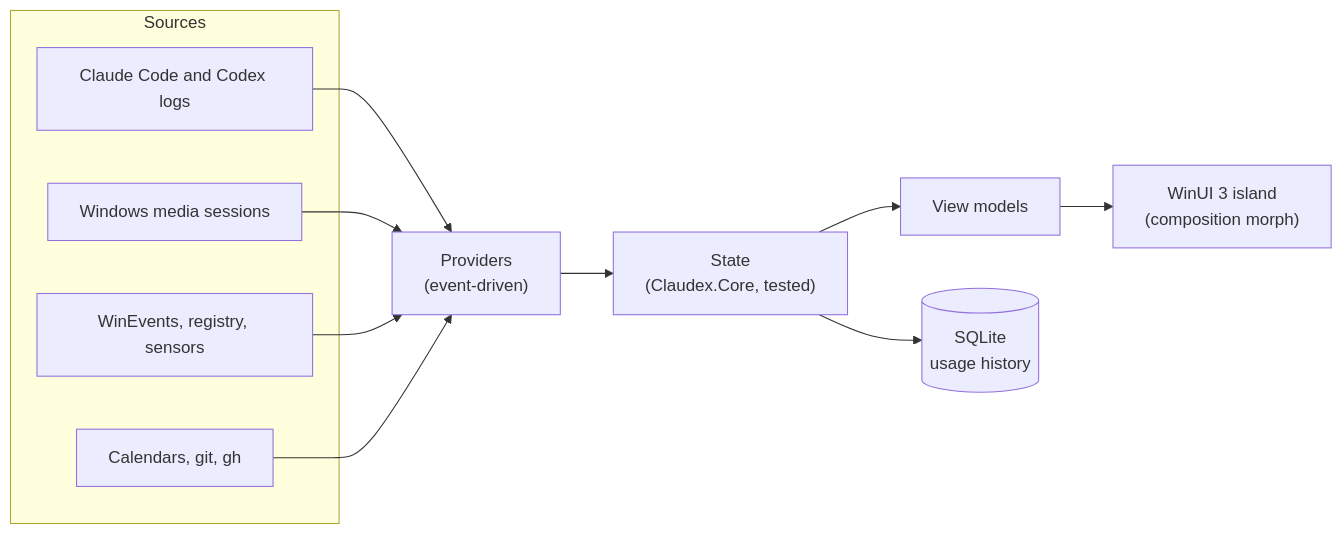
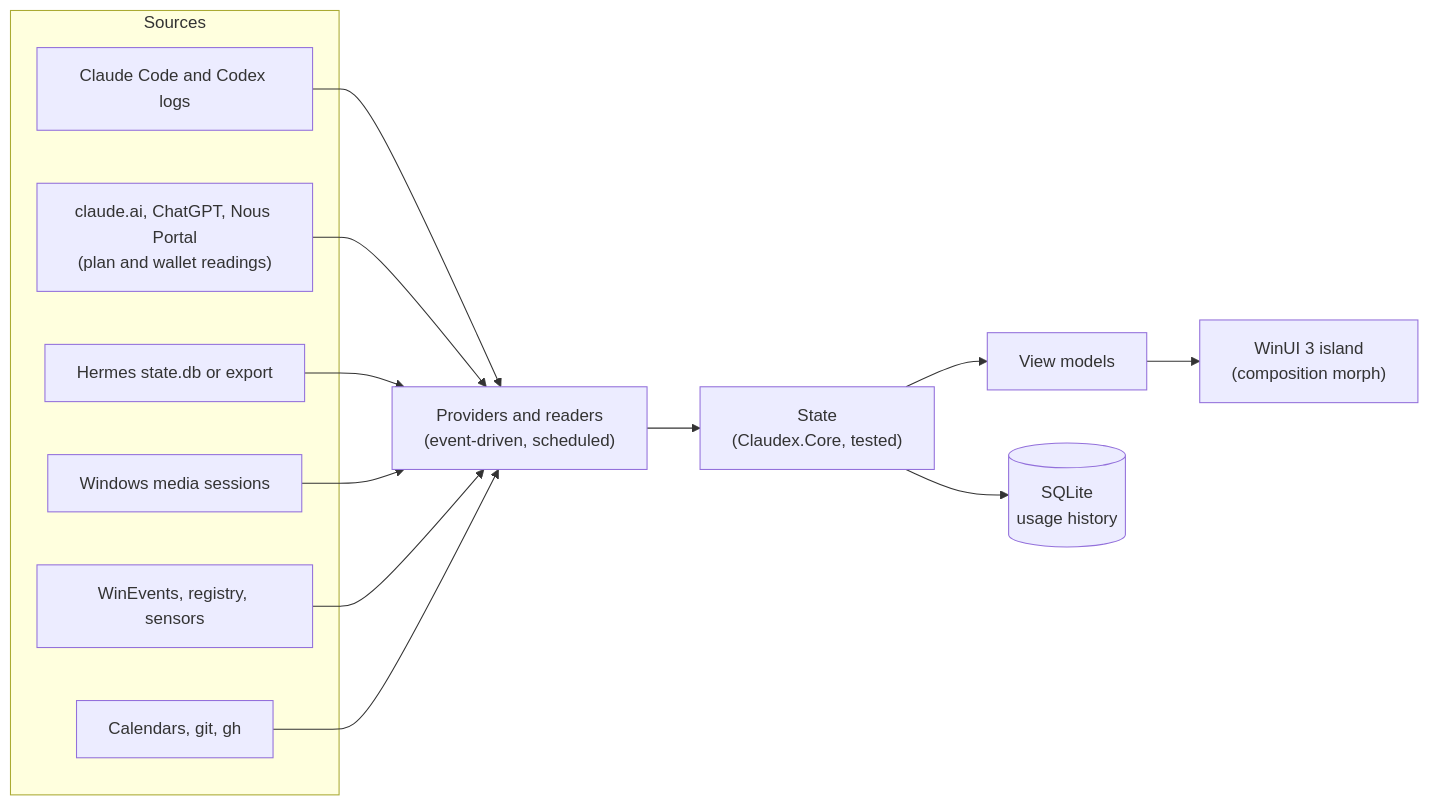
Before and after one commit to soybean-alien/Quotalis: the diagram in README.md, drawn with Mermaid. The commit also changed other lines of this file and 27 other files, not shown here.

````diff
--- a/README.md
+++ b/README.md
@@ -135,14 +152,16 @@
 ```mermaid
 flowchart LR
     subgraph Sources
         L["Claude Code and Codex logs"]
+        A["claude.ai, ChatGPT, Nous Portal<br/>(plan and wallet readings)"]
+        H["Hermes state.db or export"]
         M["Windows media sessions"]
         W["WinEvents, registry, sensors"]
         C["Calendars, git, gh"]
     end
-    L & M & W & C --> P["Providers<br/>(event-driven)"]
+    L & A & H & M & W & C --> P["Providers and readers<br/>(event-driven, scheduled)"]
     P --> S["State<br/>(Claudex.Core, tested)"]
     S --> V["View models"]
     V --> UI["WinUI 3 island<br/>(composition morph)"]
     S --> DB[("SQLite<br/>usage history")]
 ```
````
